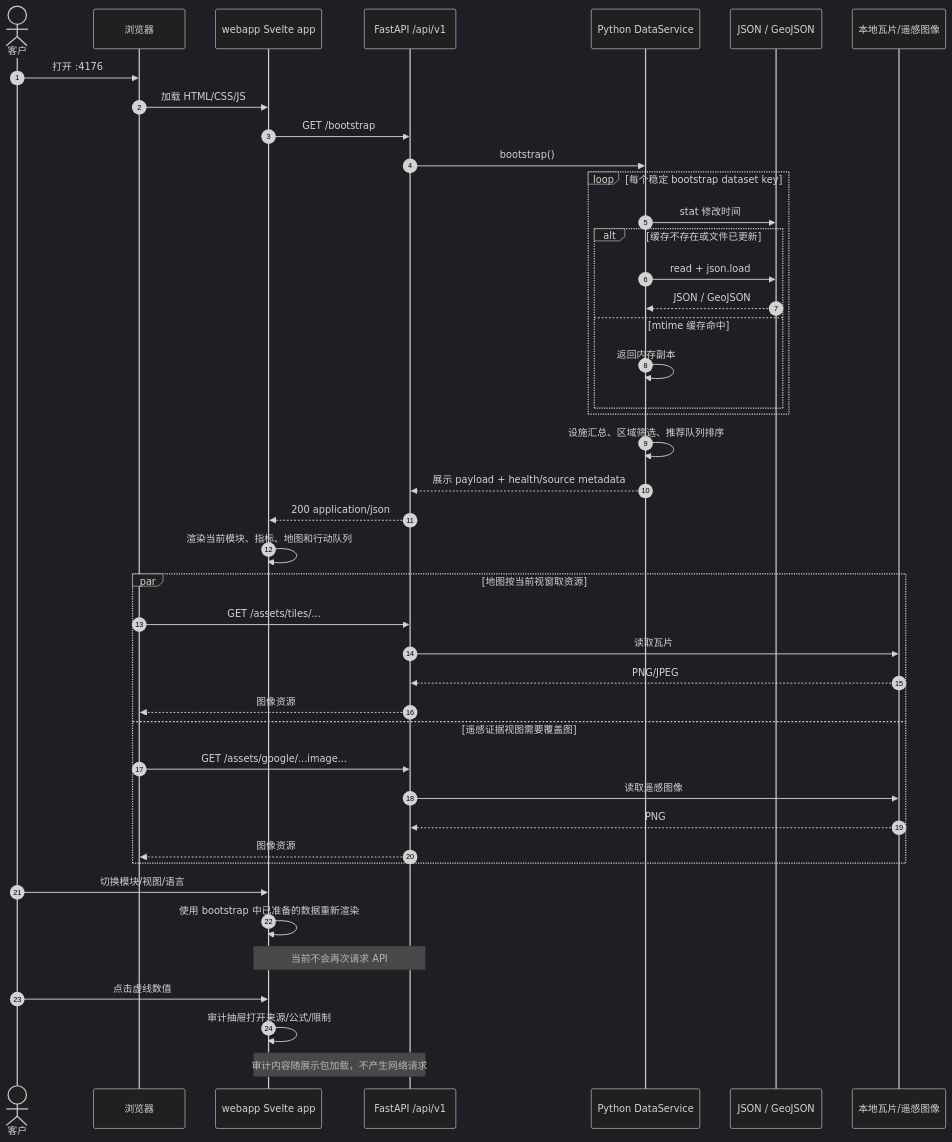
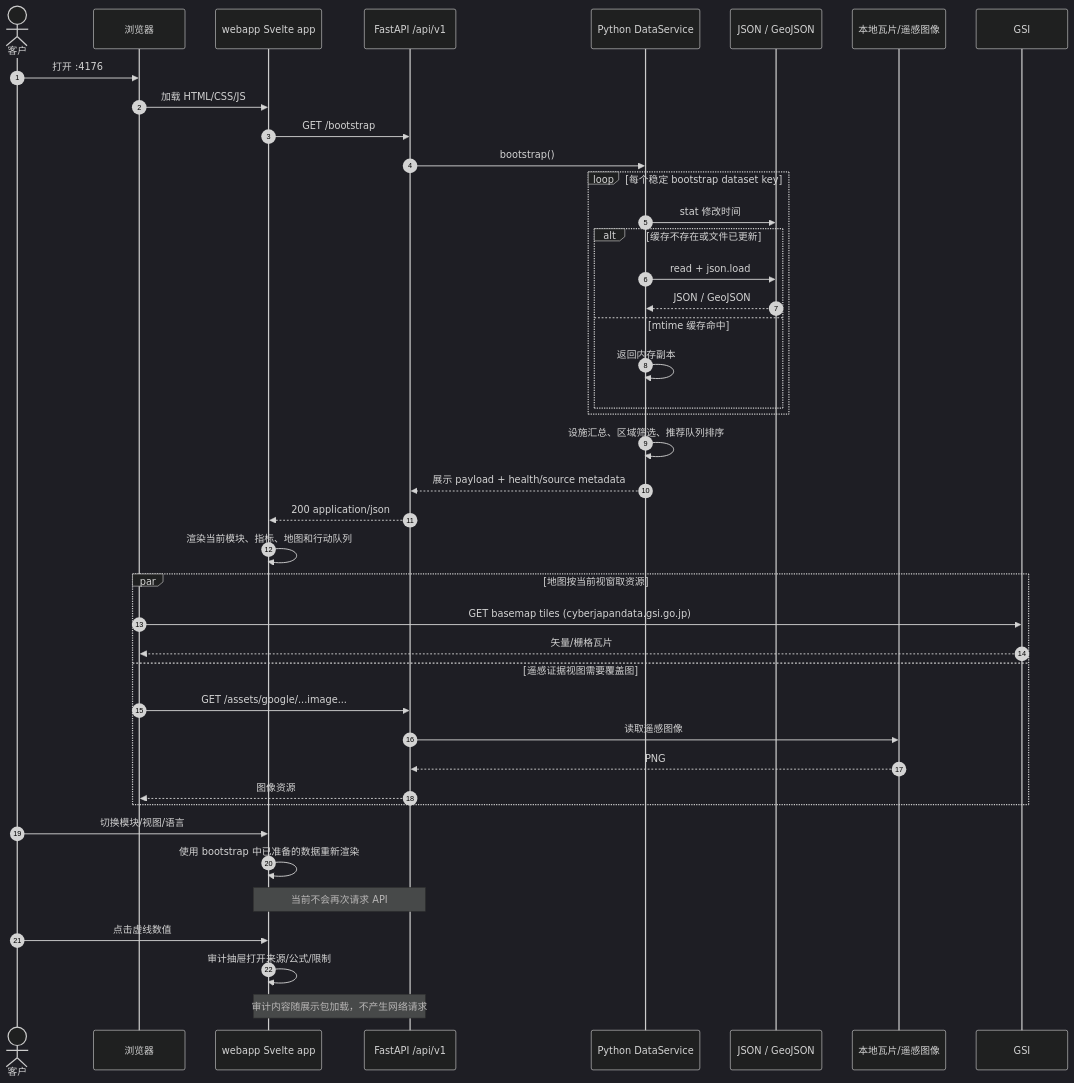
One commit to TsumiNa/terrai-spatial-intelligence changed the second of 3 diagrams in docs/architecture/FRONTEND_BACKEND.zh.md. Above: the diagram before and after it, drawn with Mermaid (dark theme). The commit also changed 493 other files, not shown here.

````diff
--- a/docs/architecture/FRONTEND_BACKEND.zh.md
+++ b/docs/architecture/FRONTEND_BACKEND.zh.md
@@ -72,49 +72,47 @@
 ```mermaid
 sequenceDiagram
     autonumber
     actor Customer as 客户
     participant Browser as 浏览器
     participant Frontend as webapp Svelte app
     participant API as FastAPI /api/v1
     participant Service as Python DataService
     participant FL as JSON / GeoJSON
     participant Assets as 本地瓦片/遥感图像
 
     Customer->>Browser: 打开 :4176
     Browser->>Frontend: 加载 HTML/CSS/JS
     Frontend->>API: GET /bootstrap
     API->>Service: bootstrap()
     loop 每个稳定 bootstrap dataset key
         Service->>FL: stat 修改时间
         alt 缓存不存在或文件已更新
             Service->>FL: read + json.load
             FL-->>Service: JSON / GeoJSON
         else mtime 缓存命中
             Service->>Service: 返回内存副本
         end
     end
     Service->>Service: 设施汇总、区域筛选、推荐队列排序
     Service-->>API: 展示 payload + health/source metadata
     API-->>Frontend: 200 application/json
     Frontend->>Frontend: 渲染当前模块、指标、地图和行动队列
 
     par 地图按当前视窗取资源
-        Browser->>API: GET /assets/tiles/...
-        API->>Assets: 读取瓦片
-        Assets-->>API: PNG/JPEG
-        API-->>Browser: 图像资源
+        Browser->>GSI: GET basemap tiles (cyberjapandata.gsi.go.jp)
+        GSI-->>Browser: 矢量/栅格瓦片
     and 遥感证据视图需要覆盖图
         Browser->>API: GET /assets/google/...image...
         API->>Assets: 读取遥感图像
         Assets-->>API: PNG
         API-->>Browser: 图像资源
     end
 
     Customer->>Frontend: 切换模块/视图/语言
     Frontend->>Frontend: 使用 bootstrap 中已准备的数据重新渲染
     Note over Frontend,API: 当前不会再次请求 API
 
     Customer->>Frontend: 点击虚线数值
     Frontend->>Frontend: 审计抽屉打开来源/公式/限制
     Note over Frontend,API: 审计内容随展示包加载，不产生网络请求
 ```
````
